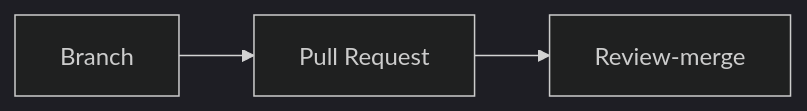
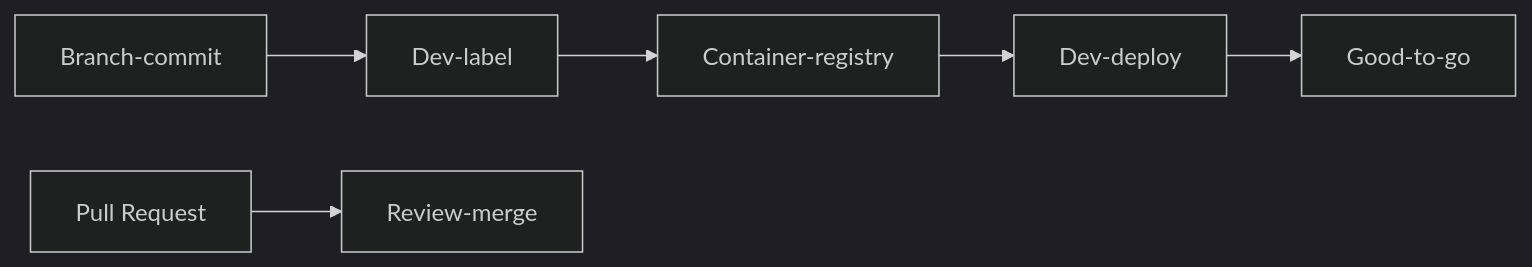
The first of 2 diagrams in commit-to-cust-flow.md (ncmsops/dev-manual), drawn with Mermaid (dark theme) before and after one commit. The commit also changed other lines of this file, not shown here.

Commit message:
commit-to-cust flow refinement

````diff
--- a/commit-to-cust-flow.md
+++ b/commit-to-cust-flow.md
@@ -4,5 +16,8 @@
 ```mermaid
   graph LR;
-      Branch-->PR[Pull Request];
-      PR-->Review-merge;
+      Branch-commit-->Dev-label;
+      Dev-label-->Container-registry;
+      Container-registry-->Dev-deploy;
+      Dev-deploy-->Good-to-go;
+      PR[Pull Request]-->Review-merge;
 ```
````
